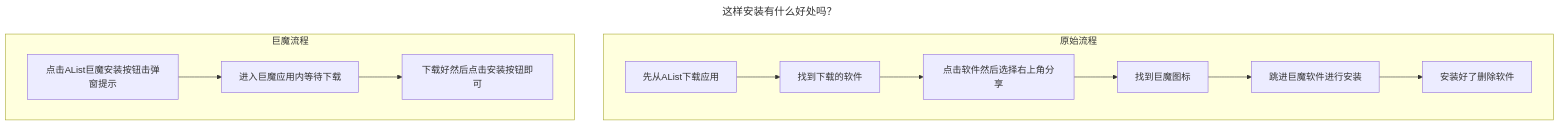
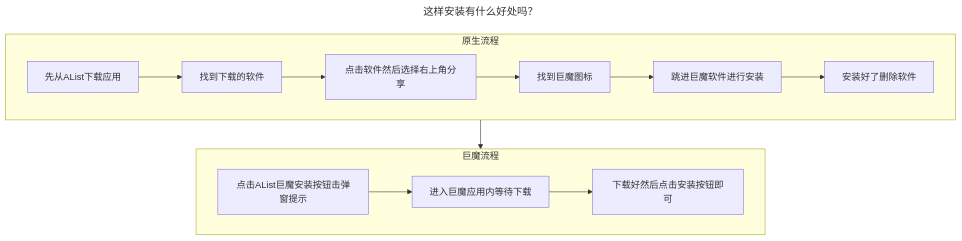
Before and after one commit to alist-org/docs: the diagram in docs/zh/guide/advanced/ipa.md, drawn with Mermaid. The commit also changed 1 other file, not shown here.

Commit message:
Preview flowchart

````diff
--- a/docs/zh/guide/advanced/ipa.md
+++ b/docs/zh/guide/advanced/ipa.md
@@ -119,17 +119,18 @@
 ```mermaid
 ---
 title: 这样安装有什么好处吗？
 ---
 flowchart TB
-    subgraph 原始流程
+    原生流程-->巨魔流程
+    subgraph 原生流程
     先从AList下载应用-->找到下载的软件
     找到下载的软件-->点击软件然后选择右上角分享
     点击软件然后选择右上角分享--> 找到巨魔图标
     找到巨魔图标-->跳进巨魔软件进行安装
     跳进巨魔软件进行安装-->安装好了删除软件
     end
     subgraph 巨魔流程
     点击AList巨魔安装按钮击弹窗提示-->进入巨魔应用内等待下载
     进入巨魔应用内等待下载-->下载好然后点击安装按钮即可
     end
 ```
````
